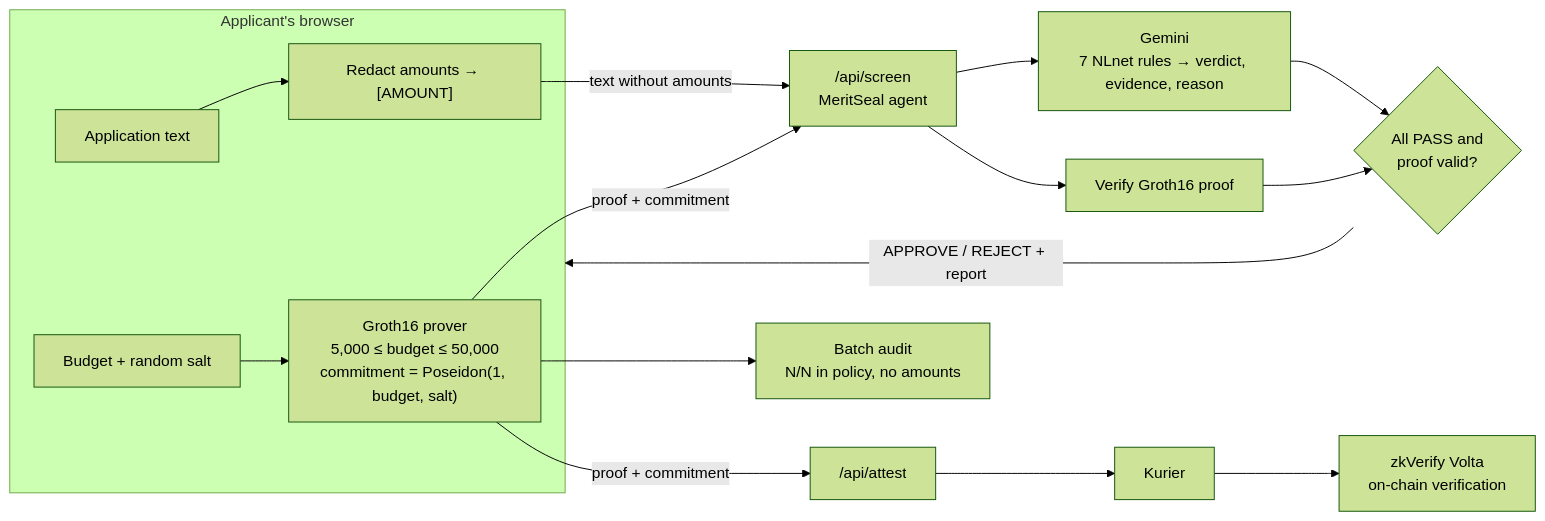
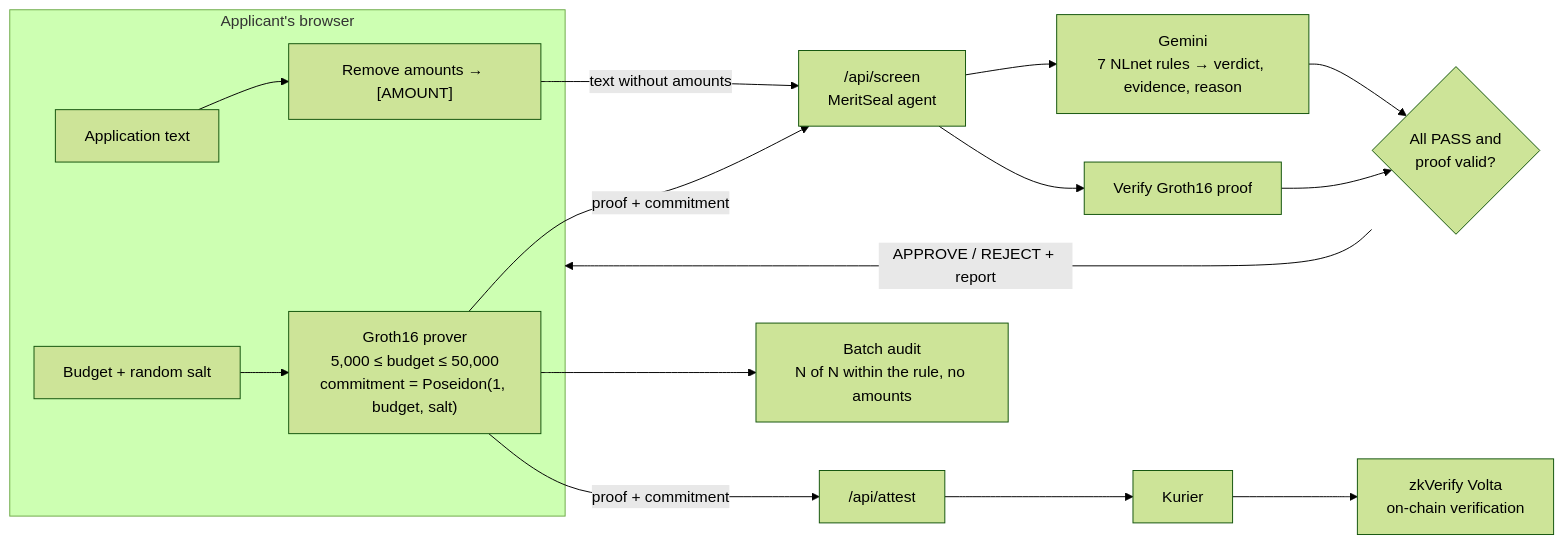
The diagram in README.md (thesithunyein/meritseal), drawn with Mermaid (forest theme) before and after one commit. The commit also changed other lines of this file and 9 other files, not shown here.

First line of the commit message:
Newcomer-friendly flow and reviewer-ready repo

````diff
--- a/README.md
+++ b/README.md
@@ -51,16 +67,16 @@
 ```mermaid
 flowchart LR
     subgraph Browser["Applicant's browser"]
-        T["Application text"] --> X["Redact amounts → [AMOUNT]"]
+        T["Application text"] --> X["Remove amounts → [AMOUNT]"]
         A["Budget + random salt"] --> P["Groth16 prover<br/>5,000 ≤ budget ≤ 50,000<br/>commitment = Poseidon(1, budget, salt)"]
     end
     X -->|"text without amounts"| S["/api/screen<br/>MeritSeal agent"]
     P -->|"proof + commitment"| S
     S --> G["Gemini<br/>7 NLnet rules → verdict, evidence, reason"]
     S --> V["Verify Groth16 proof"]
     G --> D{"All PASS and<br/>proof valid?"}
     V --> D
     D -->|"APPROVE / REJECT + report"| Browser
     P -->|"proof + commitment"| R["/api/attest"] --> K["Kurier"] --> Z["zkVerify Volta<br/>on-chain verification"]
-    P --> AU["Batch audit<br/>N/N in policy, no amounts"]
+    P --> AU["Batch audit<br/>N of N within the rule, no amounts"]
 ```
````
